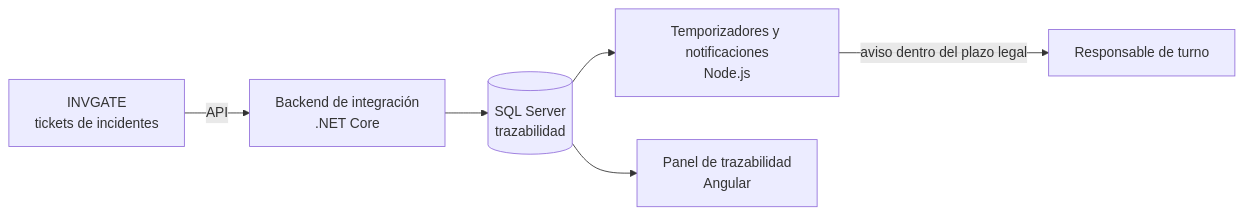
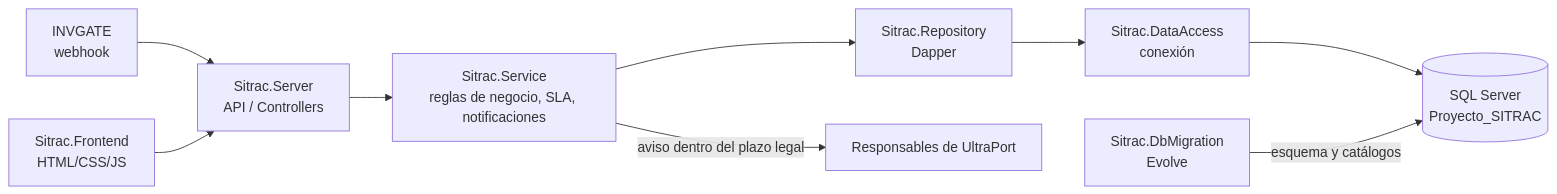
One commit to gasparin2702/Capstone-Soto-Ayala changed the diagram in README.md. Above: the diagram before and after it, drawn with Mermaid. The commit also changed other lines of this file, not shown here.

````diff
--- a/README.md
+++ b/README.md
@@ -100,8 +104,11 @@
 ```mermaid
 flowchart LR
-    A[INVGATE<br/>tickets de incidentes] -->|API| B[Backend de integración<br/>.NET Core]
-    B --> C[(SQL Server<br/>trazabilidad)]
-    C --> D[Temporizadores y notificaciones<br/>Node.js]
-    D -->|aviso dentro del plazo legal| E[Responsable de turno]
-    C --> F[Panel de trazabilidad<br/>Angular]
+    A[INVGATE<br/>webhook] --> B[Sitrac.Server<br/>API / Controllers]
+    B --> C[Sitrac.Service<br/>reglas de negocio, SLA, notificaciones]
+    C --> D[Sitrac.Repository<br/>Dapper]
+    D --> E[Sitrac.DataAccess<br/>conexión]
+    E --> F[(SQL Server<br/>Proyecto_SITRAC)]
+    G[Sitrac.DbMigration<br/>Evolve] -->|esquema y catálogos| F
+    H[Sitrac.Frontend<br/>HTML/CSS/JS] --> B
+    C -->|aviso dentro del plazo legal| I[Responsables de UltraPort]
 ```
````
